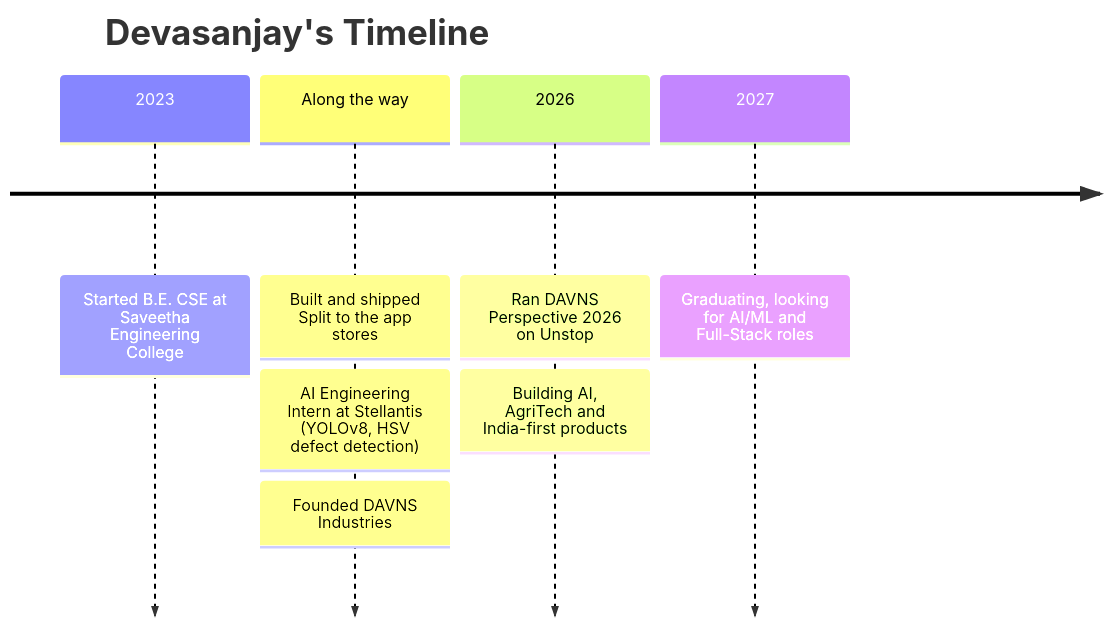
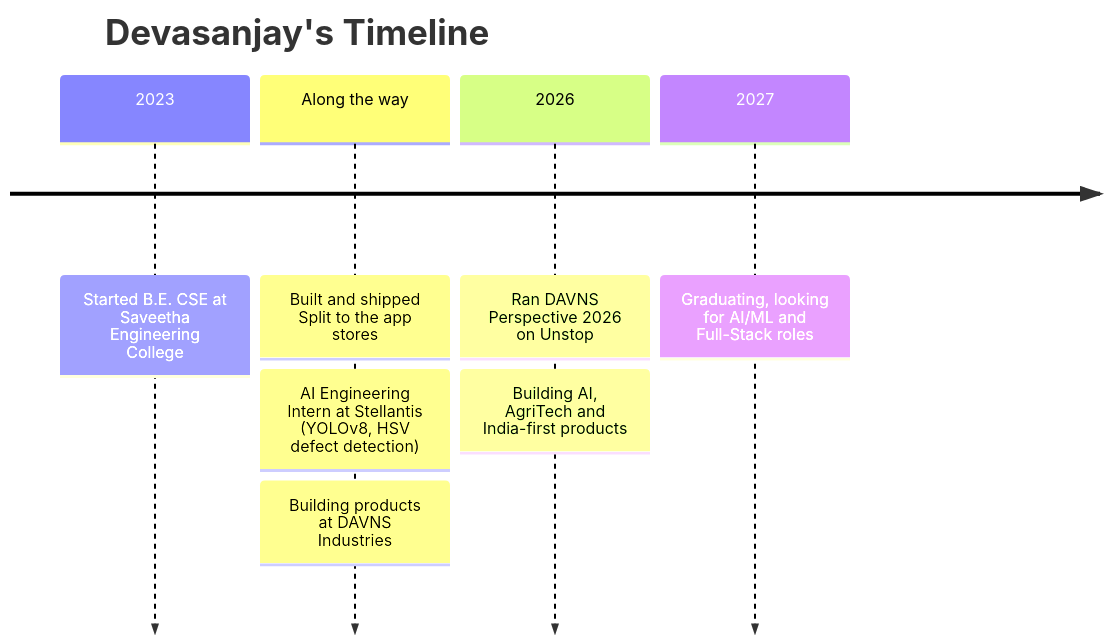
One commit to DEVASANJAY001/profile changed the diagram in README.md. Above: the diagram before and after it, drawn with Mermaid. The commit also changed other lines of this file, not shown here.

````diff
--- a/README.md
+++ b/README.md
@@ -277,11 +288,11 @@
 ```mermaid
 timeline
     title Devasanjay's Timeline
     2023 : Started B.E. CSE at Saveetha Engineering College
     Along the way : Built and shipped Split to the app stores
                   : AI Engineering Intern at Stellantis (YOLOv8, HSV defect detection)
-                  : Founded DAVNS Industries
+                  : Building products at DAVNS Industries
     2026 : Ran DAVNS Perspective 2026 on Unstop
          : Building AI, AgriTech and India-first products
     2027 : Graduating, looking for AI/ML and Full-Stack roles
 ```
````
